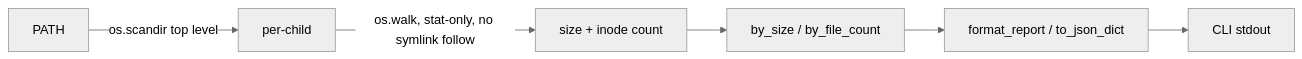
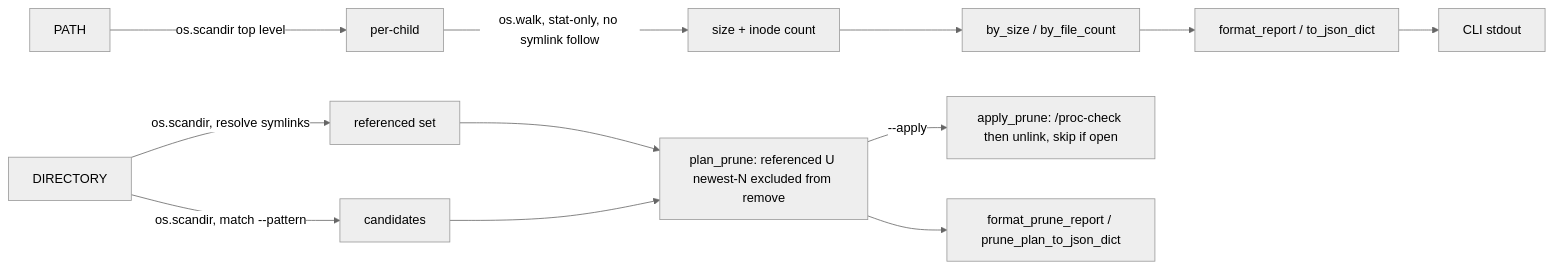
One commit to scitex-ai/scitex-storage changed the diagram in README.md. Above: the diagram before and after it, drawn with Mermaid (neutral theme). The commit also changed other lines of this file and 8 other files, not shown here.

````diff
--- a/README.md
+++ b/README.md
@@ -117,8 +153,15 @@
 ```mermaid
 flowchart LR
     A[PATH] -->|os.scandir top level| B[per-child]
     B -->|os.walk, stat-only, no symlink follow| C[size + inode count]
     C --> D[by_size / by_file_count]
     D --> E[format_report / to_json_dict]
     E --> F[CLI stdout]
+
+    G[DIRECTORY] -->|os.scandir, resolve symlinks| H[referenced set]
+    G -->|os.scandir, match --pattern| I[candidates]
+    H --> J[plan_prune: referenced U newest-N excluded from remove]
+    I --> J
+    J -->|--apply| K[apply_prune: /proc-check then unlink, skip if open]
+    J --> L[format_prune_report / prune_plan_to_json_dict]
 ```
````
